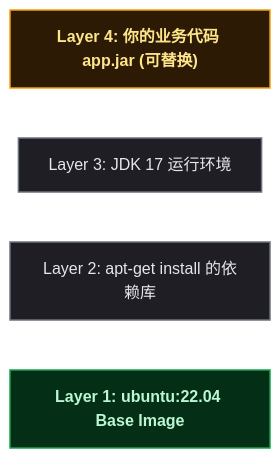
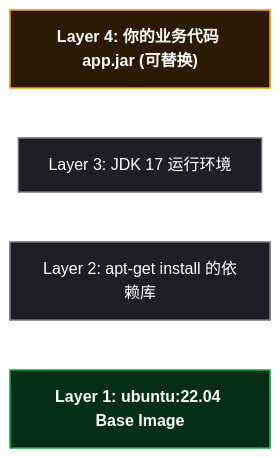
The first of 7 diagrams in content/posts/kubernetes/K8sFoundationConcepts.md (yaocat55/yaocat55.github.io), drawn with Mermaid before and after one commit. The commit also changed other lines of this file and 27 other files, not shown here.

Commit message:
docs: 全系列 93 张 Mermaid 图 classDef 改为 style 强制深底白字(修复部分渲染器白底浅字)+历史文件格式清理

````diff
--- a/content/posts/kubernetes/K8sFoundationConcepts.md
+++ b/content/posts/kubernetes/K8sFoundationConcepts.md
@@ -101,16 +101,11 @@
 ```mermaid
 flowchart LR
   L4["Layer 4: 你的业务代码 app.jar (可替换)"]
   L3["Layer 3: JDK 17 运行环境"]
   L2["Layer 2: apt-get install 的依赖库"]
   L1["Layer 1: ubuntu:22.04 Base Image"]
-
-classDef base fill:#052e16,stroke:#16a34a,stroke-width:1.5px,color:#bbf7d0,font-weight:bold;
-  class L1 base
-
-classDef mid fill:#1e1e24,stroke:#6b7280,stroke-width:1.5px,color:#e5e7eb;
-  class L2,L3 mid
-
-classDef top fill:#2d1a05,stroke:#f59e0b,stroke-width:1.5px,color:#fde68a,font-weight:bold;
-  class L4 top
+    style L1 fill:#052e16,stroke:#16a34a,stroke-width:1.5px,color:#ffffff,font-weight:bold
+    style L2 fill:#1e1e24,stroke:#6b7280,stroke-width:1.5px,color:#ffffff
+    style L3 fill:#1e1e24,stroke:#6b7280,stroke-width:1.5px,color:#ffffff
+    style L4 fill:#2d1a05,stroke:#f59e0b,stroke-width:1.5px,color:#ffffff,font-weight:bold
 ```
````
